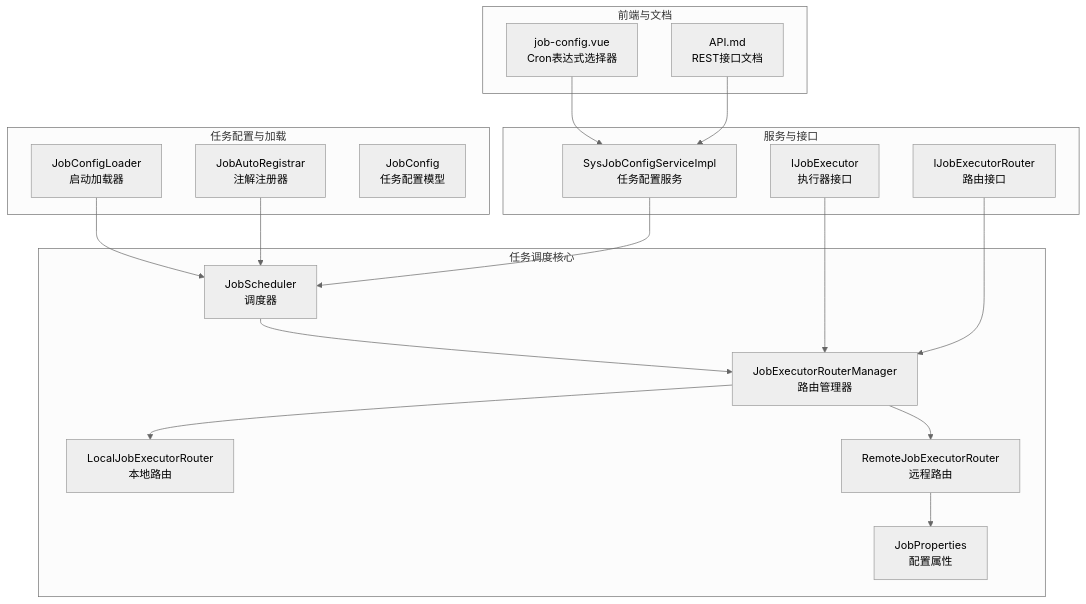
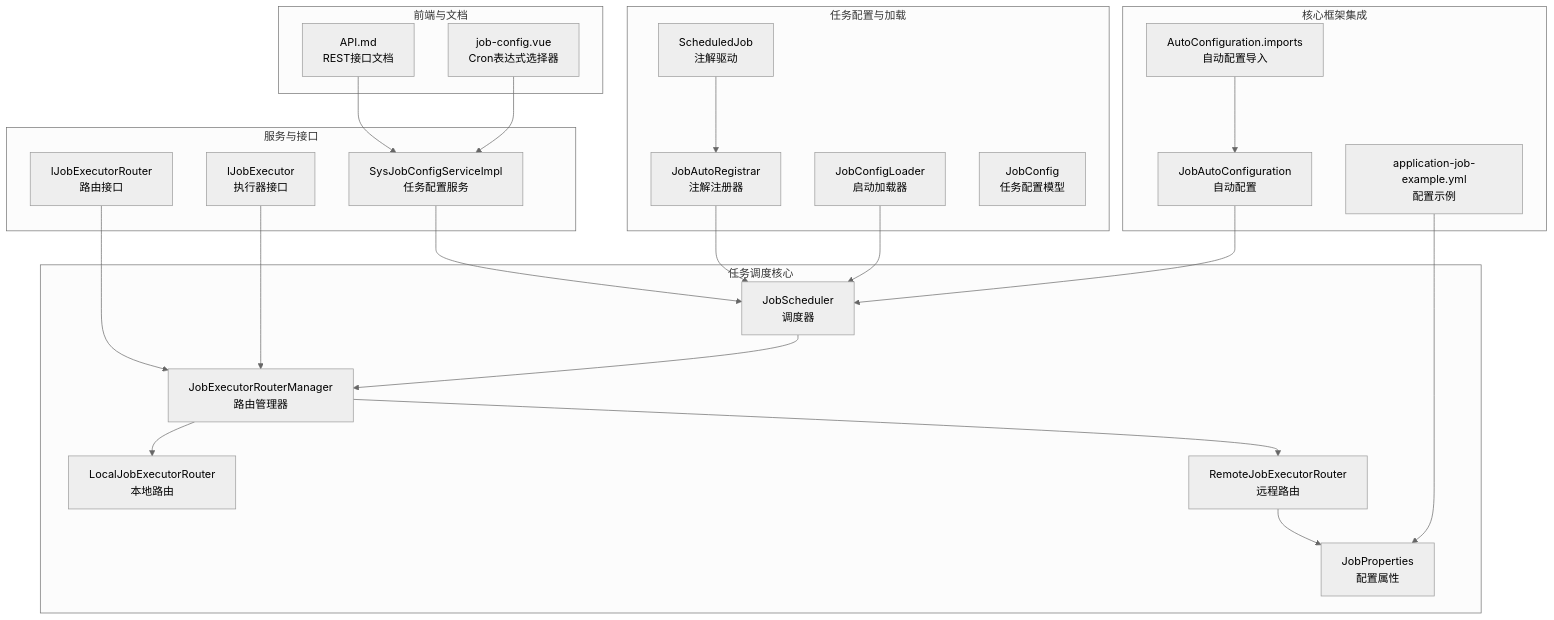
The first of 9 diagrams in .qoder/repowiki/zh/content/后端框架详解/任务调度模块/任务调度模块.md (yaomindong1996/forge-admin), drawn with Mermaid (neutral theme) before and after one commit. The commit also changed other lines of this file and 76 other files, not shown here.

````diff
--- a/.qoder/repowiki/zh/content/后端框架详解/任务调度模块/任务调度模块.md
+++ b/.qoder/repowiki/zh/content/后端框架详解/任务调度模块/任务调度模块.md
@@ -39,35 +51,45 @@
 ```mermaid
 graph TB
+subgraph "核心框架集成"
+JAC["JobAutoConfiguration<br/>自动配置"]
+ACI["AutoConfiguration.imports<br/>自动配置导入"]
+APP["application-job-example.yml<br/>配置示例"]
+end
 subgraph "任务调度核心"
 JS["JobScheduler<br/>调度器"]
 JR["JobExecutorRouterManager<br/>路由管理器"]
 LER["LocalJobExecutorRouter<br/>本地路由"]
 RER["RemoteJobExecutorRouter<br/>远程路由"]
 JPR["JobProperties<br/>配置属性"]
 end
 subgraph "任务配置与加载"
 JCL["JobConfigLoader<br/>启动加载器"]
 JAR["JobAutoRegistrar<br/>注解注册器"]
 JCM["JobConfig<br/>任务配置模型"]
+SJN["ScheduledJob<br/>注解驱动"]
 end
 subgraph "服务与接口"
 IJE["IJobExecutor<br/>执行器接口"]
 IJR["IJobExecutorRouter<br/>路由接口"]
 SJCS["SysJobConfigServiceImpl<br/>任务配置服务"]
 end
 subgraph "前端与文档"
 UI["job-config.vue<br/>Cron表达式选择器"]
 DOC["API.md<br/>REST接口文档"]
 end
+JAC --> JS
+ACI --> JAC
+APP --> JPR
 JS --> JR
 JR --> LER
 JR --> RER
 RER --> JPR
 JCL --> JS
 JAR --> JS
+SJN --> JAR
 SJCS --> JS
 IJE --> JR
 IJR --> JR
 UI --> SJCS
 DOC --> SJCS
 ```
````
